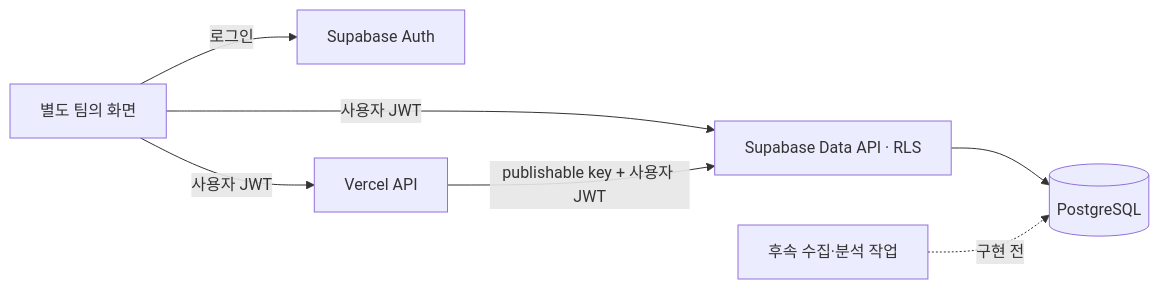
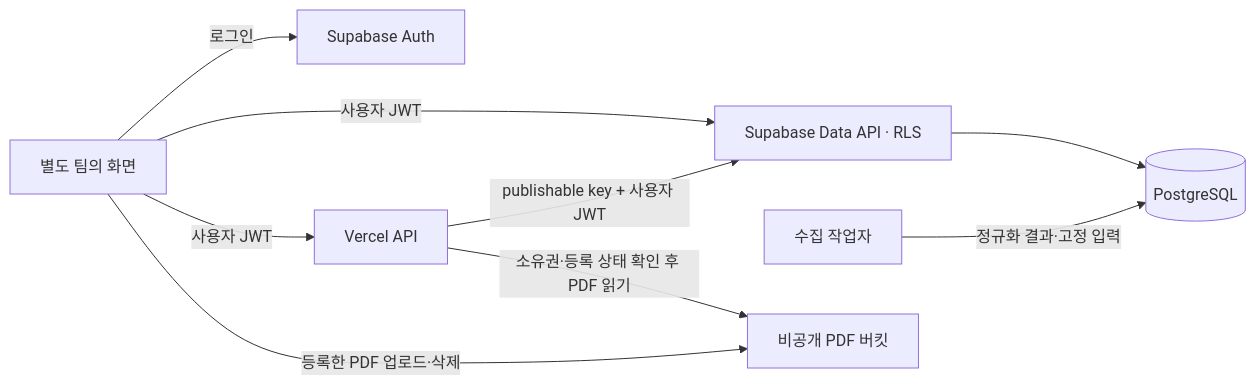
Before and after one commit to 95sionkim/HomeCierge: the diagram in docs/infrastructure.md, drawn with Mermaid. The commit also changed other lines of this file and 27 other files, not shown here.

````diff
--- a/docs/infrastructure.md
+++ b/docs/infrastructure.md
@@ -21,9 +21,11 @@
 ```mermaid
 flowchart LR
   UI[별도 팀의 화면] -->|로그인| Auth[Supabase Auth]
   UI -->|사용자 JWT| Data[Supabase Data API · RLS]
   UI -->|사용자 JWT| API[Vercel API]
   API -->|publishable key + 사용자 JWT| Data
   Data --> DB[(PostgreSQL)]
-  Worker[후속 수집·분석 작업] -. 구현 전 .-> DB
+  Worker[수집 작업자] -->|정규화 결과·고정 입력| DB
+  UI -->|등록한 PDF 업로드·삭제| Storage[비공개 PDF 버킷]
+  API -->|소유권·등록 상태 확인 후 PDF 읽기| Storage
 ```
````
